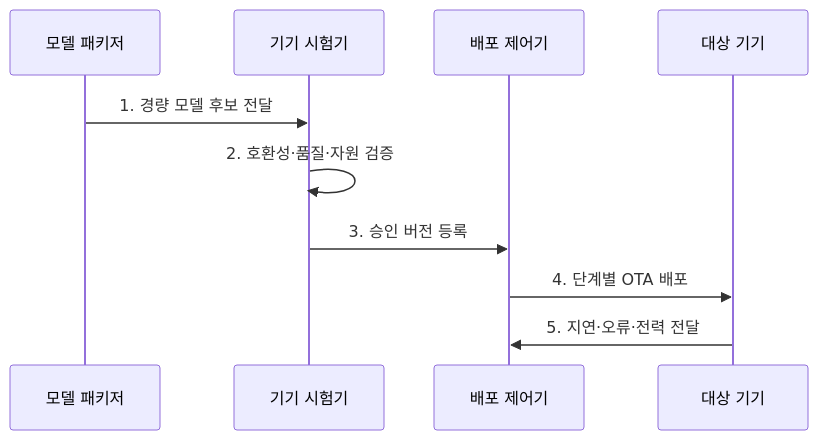
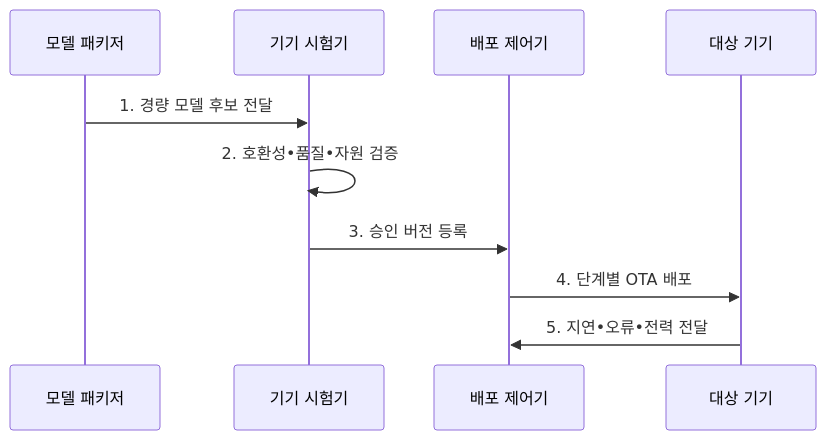
The second of 2 diagrams in src/content/docs/notes/03-software/208_on_device_model_deployment.md (agnusdei1207/knowledge-base), drawn with Mermaid before and after one commit. The commit also changed other lines of this file and 953 other files, not shown here.

````diff
--- a/src/content/docs/notes/03-software/208_on_device_model_deployment.md
+++ b/src/content/docs/notes/03-software/208_on_device_model_deployment.md
@@ -110,13 +110,13 @@
 ```mermaid
 sequenceDiagram
     participant P as 모델 패키저
     participant T as 기기 시험기
     participant O as 배포 제어기
     participant D as 대상 기기
     P->>T: 1. 경량 모델 후보 전달
-    T->>T: 2. 호환성·품질·자원 검증
+    T->>T: 2. 호환성•품질•자원 검증
     T->>O: 3. 승인 버전 등록
     O->>D: 4. 단계별 OTA 배포
-    D->>O: 5. 지연·오류·전력 전달
+    D->>O: 5. 지연•오류•전력 전달
 
 ```
````
